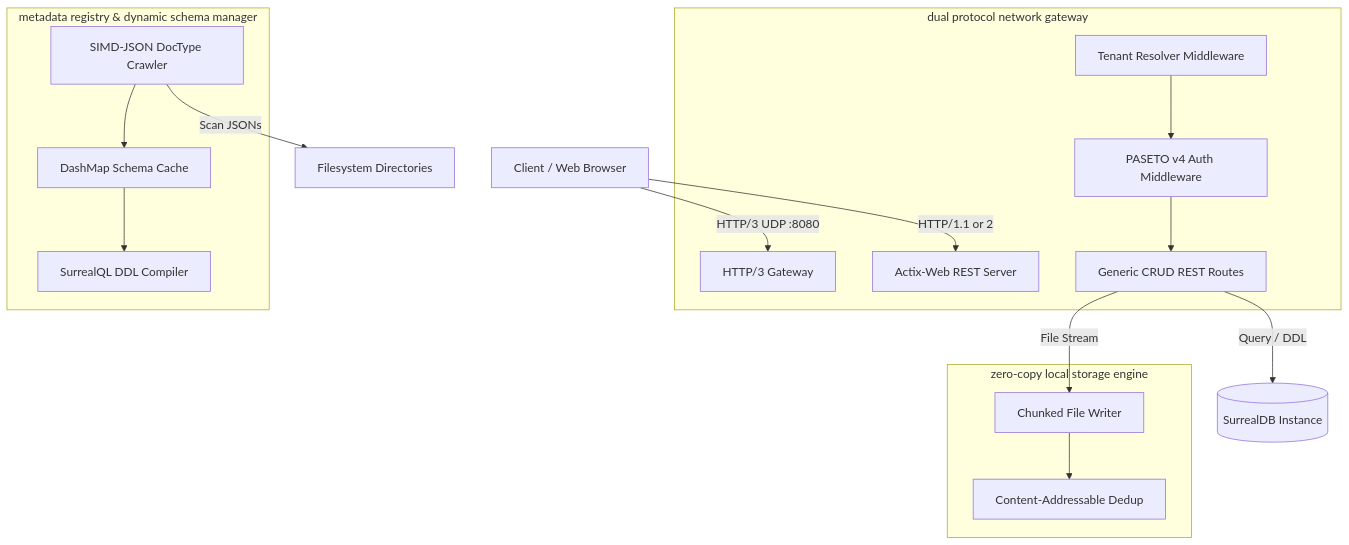
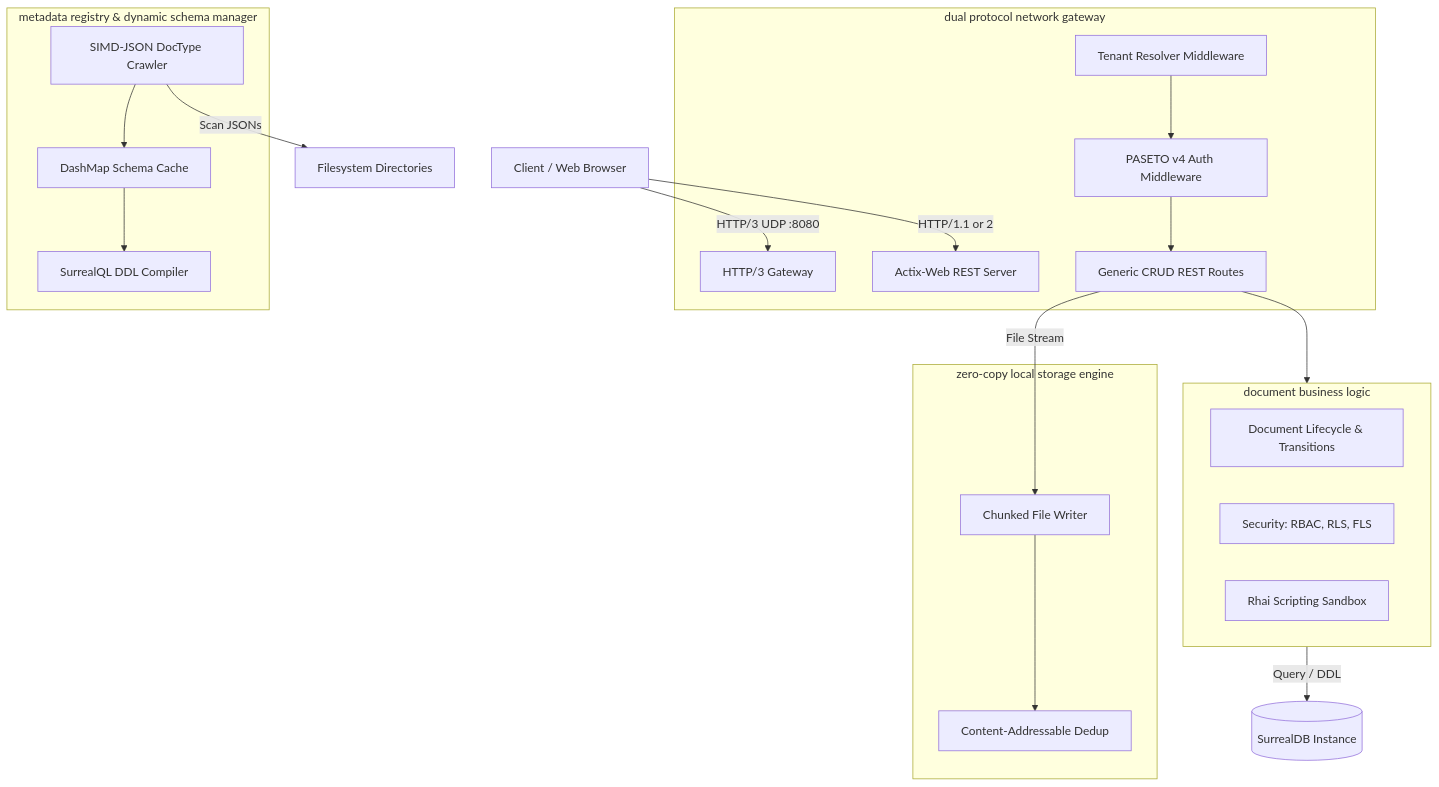
The diagram in README.md (FaezBarghasa/frappe-framework), drawn with Mermaid before and after one commit. The commit also changed other lines of this file and 1 other file, not shown here.

Commit message:
feat: implement document business logic layer with lifecycle, permissions, and Rhai scripting support

````diff
--- a/README.md
+++ b/README.md
@@ -7,25 +7,32 @@
 ```mermaid
 graph TD
     Client[Client / Web Browser] -->|HTTP/3 UDP :8080| H3Server[HTTP/3 Gateway]
     Client -->|HTTP/1.1 or 2| ActixServer[Actix-Web REST Server]
     
     subgraph frappe-net [dual protocol network gateway]
         H3Server
         ActixServer
         TenantResolver[Tenant Resolver Middleware] --> Auth[PASETO v4 Auth Middleware]
         Auth --> Routes[Generic CRUD REST Routes]
     end
 
+    subgraph frappe-framework [document business logic]
+        Lifecycle[Document Lifecycle & Transitions]
+        Permissions[Security: RBAC, RLS, FLS]
+        Scripting[Rhai Scripting Sandbox]
+    end
+
     subgraph frappe-meta [metadata registry & dynamic schema manager]
         Crawler[SIMD-JSON DocType Crawler] --> Cache[DashMap Schema Cache]
         Cache --> Compiler[SurrealQL DDL Compiler]
     end
 
     subgraph frappe-storage [zero-copy local storage engine]
         Writer[Chunked File Writer] --> Deduplicator[Content-Addressable Dedup]
     end
 
-    Routes -->|Query / DDL| SurrealDB[(SurrealDB Instance)]
+    Routes --> frappe-framework
+    frappe-framework -->|Query / DDL| SurrealDB[(SurrealDB Instance)]
     Routes -->|File Stream| Writer
     Crawler -->|Scan JSONs| LocalFS[Filesystem Directories]
 ```
````
